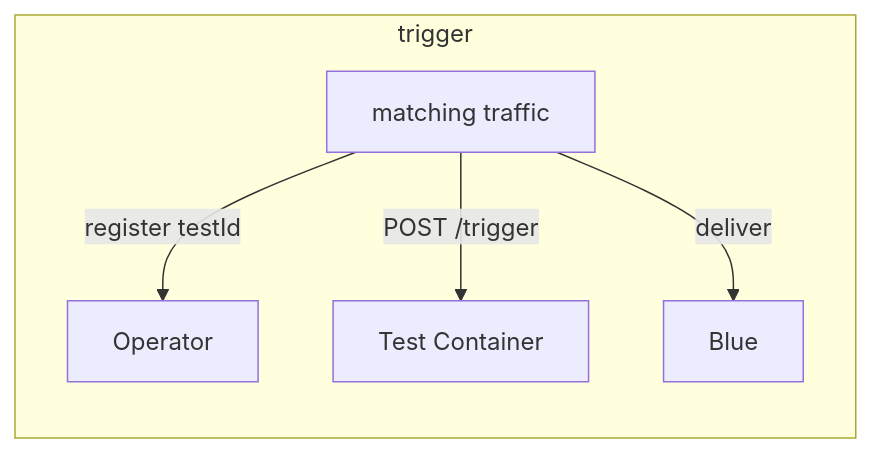
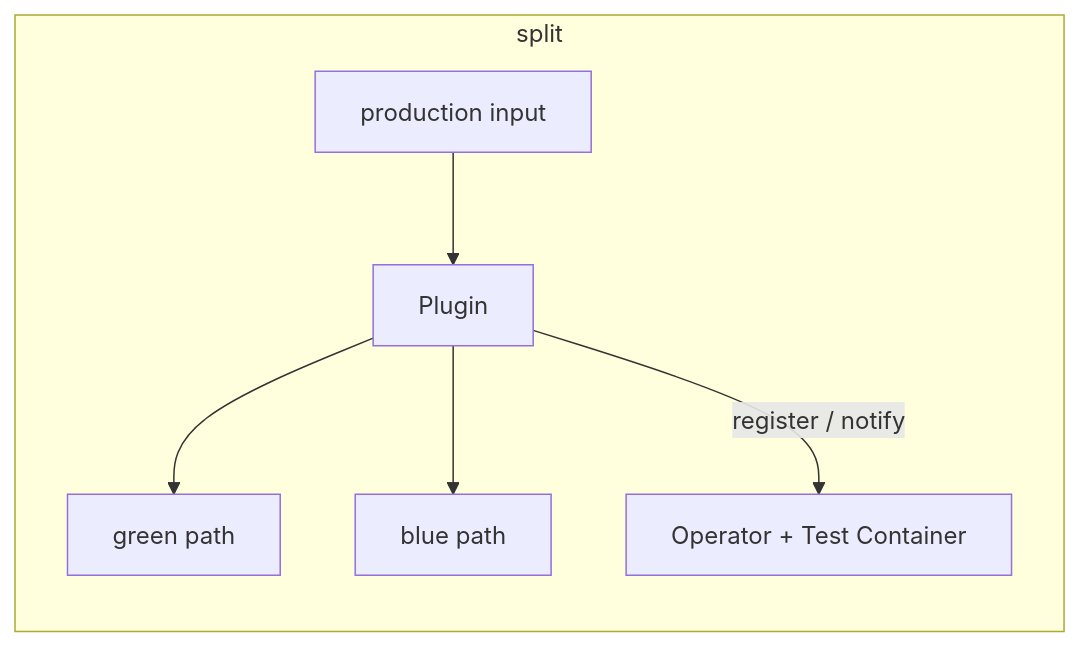
The second of 12 diagrams in ARCHITECTURE.md (dlahmad/fluidbgoperator), drawn with Mermaid before and after one commit. The commit also changed other lines of this file and 40 other files, not shown here.

````diff
--- a/ARCHITECTURE.md
+++ b/ARCHITECTURE.md
@@ -72,8 +87,9 @@
 ```mermaid
 flowchart LR
-    subgraph T["trigger"]
-        T1["matching traffic"] -->|register testId| T2["Operator"]
-        T1 -->|POST /trigger| T3["Test Container"]
-        T1 -->|deliver| T4["Blue"]
+    subgraph S["split"]
+        S1["production input"] --> S2["Plugin"]
+        S2 --> S3["green path"]
+        S2 --> S4["blue path"]
+        S2 -->|register / notify| S5["Operator + Test Container"]
     end
 ```
````
